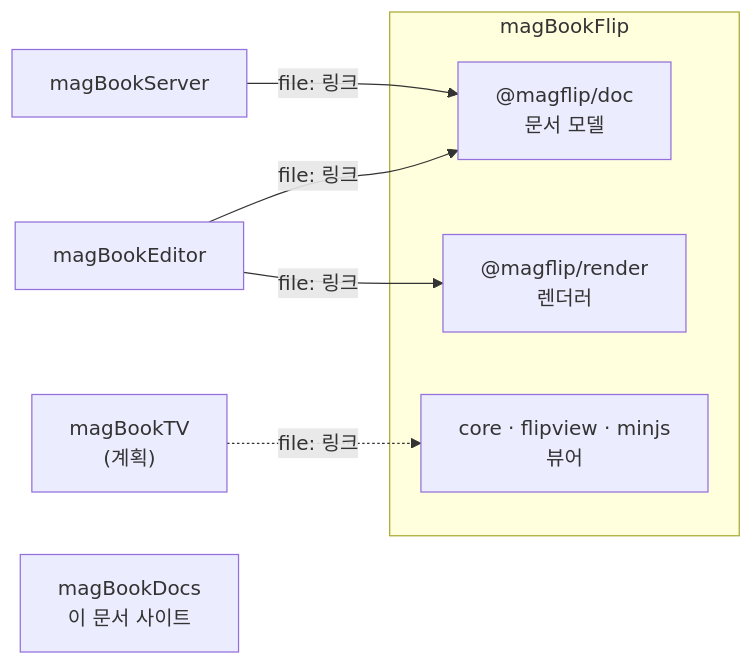
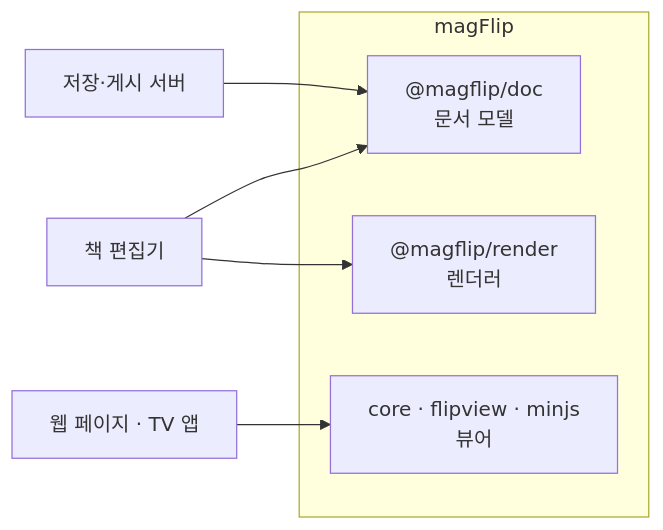
Before and after one commit to i486magzog/magFlip: the first of 2 diagrams in guide/dev/intro.md, drawn with Mermaid. The commit also changed other lines of this file and 37 other files, not shown here.

First line of the commit message:
Keep only MagFlip in the guides, Claude guides and README

````diff
--- a/guide/dev/intro.md
+++ b/guide/dev/intro.md
@@ -15,13 +15,12 @@
 ```mermaid
 flowchart LR
-  subgraph magflip["magBookFlip"]
+  subgraph magflip["magFlip"]
     doc["@magflip/doc<br/>문서 모델"]
     render["@magflip/render<br/>렌더러"]
     viewer["core · flipview · minjs<br/>뷰어"]
   end
-  editor["magBookEditor"] -->|"file: 링크"| doc
-  editor -->|"file: 링크"| render
-  server["magBookServer"] -->|"file: 링크"| doc
-  tv["magBookTV<br/>(계획)"] -.->|"file: 링크"| viewer
-  docs["magBookDocs<br/>이 문서 사이트"]
+  editor["책 편집기"] --> doc
+  editor --> render
+  server["저장·게시 서버"] --> doc
+  page["웹 페이지 · TV 앱"] --> viewer
 ```
````
